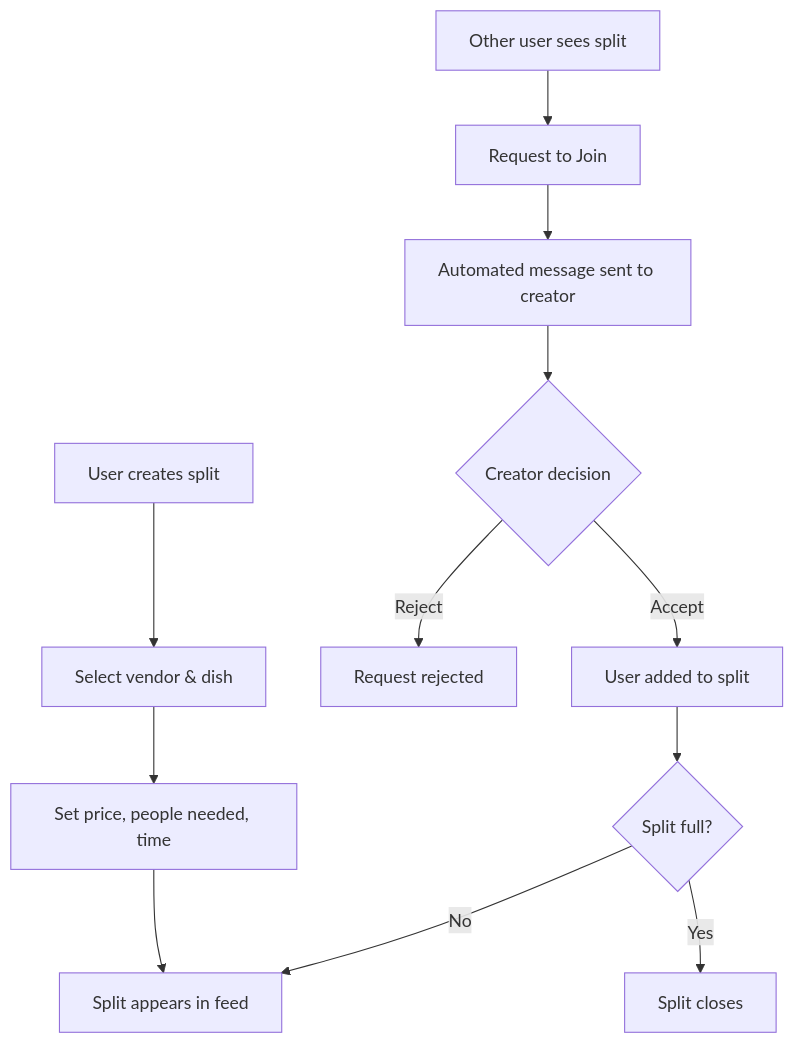
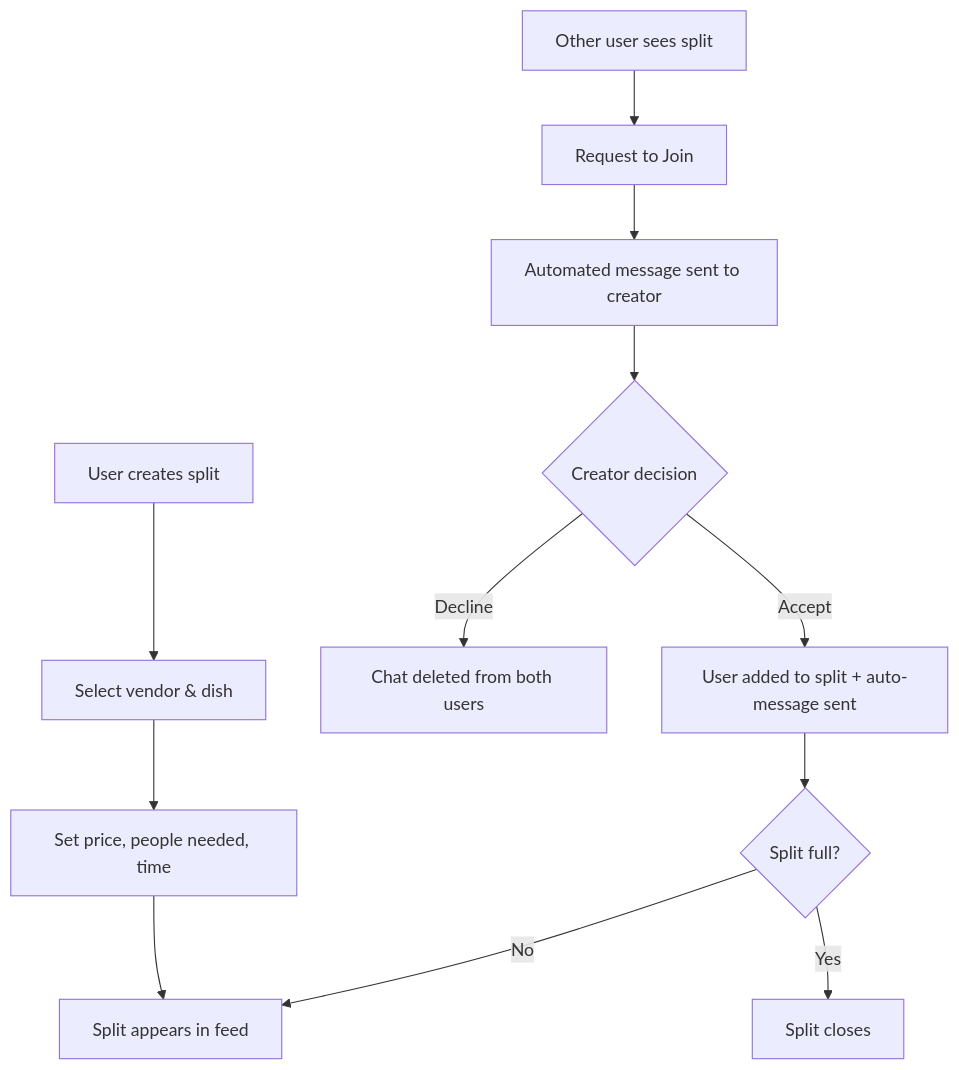
One commit to justkalesh/foodhunt101 changed the third of 5 diagrams in README.md. Above: the diagram before and after it, drawn with Mermaid. The commit also changed other lines of this file, not shown here.

````diff
--- a/README.md
+++ b/README.md
@@ -247,14 +256,14 @@
 ```mermaid
 flowchart TD
     A[User creates split] --> B[Select vendor & dish]
     B --> C[Set price, people needed, time]
     C --> D[Split appears in feed]
     E[Other user sees split] --> F[Request to Join]
     F --> G[Automated message sent to creator]
     G --> H{Creator decision}
-    H -->|Accept| I[User added to split]
-    H -->|Reject| J[Request rejected]
+    H -->|Accept| I[User added to split + auto-message sent]
+    H -->|Decline| J[Chat deleted from both users]
     I --> K{Split full?}
     K -->|Yes| L[Split closes]
     K -->|No| D
 ```
````
